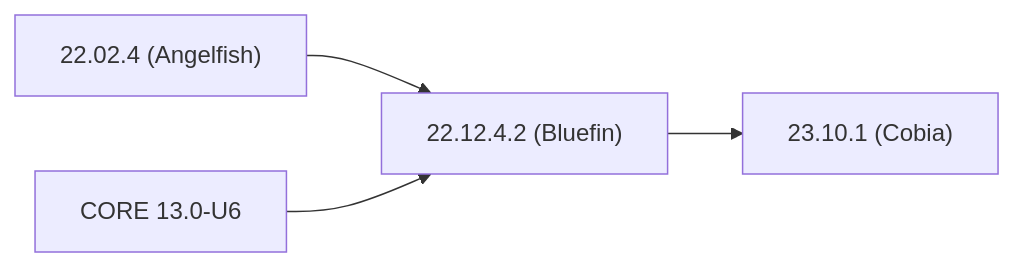
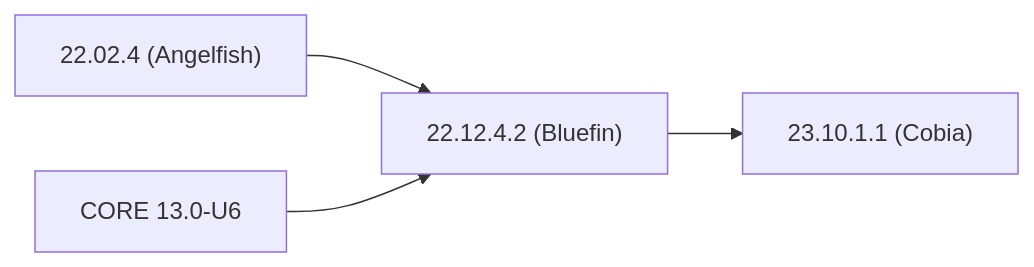
One commit to truenas/documentation changed the first of 2 diagrams in content/GettingStarted/SCALEReleaseNotes.md. Above: the diagram before and after it, drawn with Mermaid. The commit also changed other lines of this file, not shown here.

```diff
--- a/content/GettingStarted/SCALEReleaseNotes.md
+++ b/content/GettingStarted/SCALEReleaseNotes.md
@@ -125,8 +125,8 @@
 {{< mermaid class="mermaid_sizing" >}}
 flowchart LR
 
 A["22.02.4 (Angelfish)"] --> C
 B[CORE 13.0-U6] --> C
 C["22.12.4.2 (Bluefin)"] --> D
-D["23.10.1 (Cobia)"]
+D["23.10.1.1 (Cobia)"]
 {{< /mermaid >}}
```
